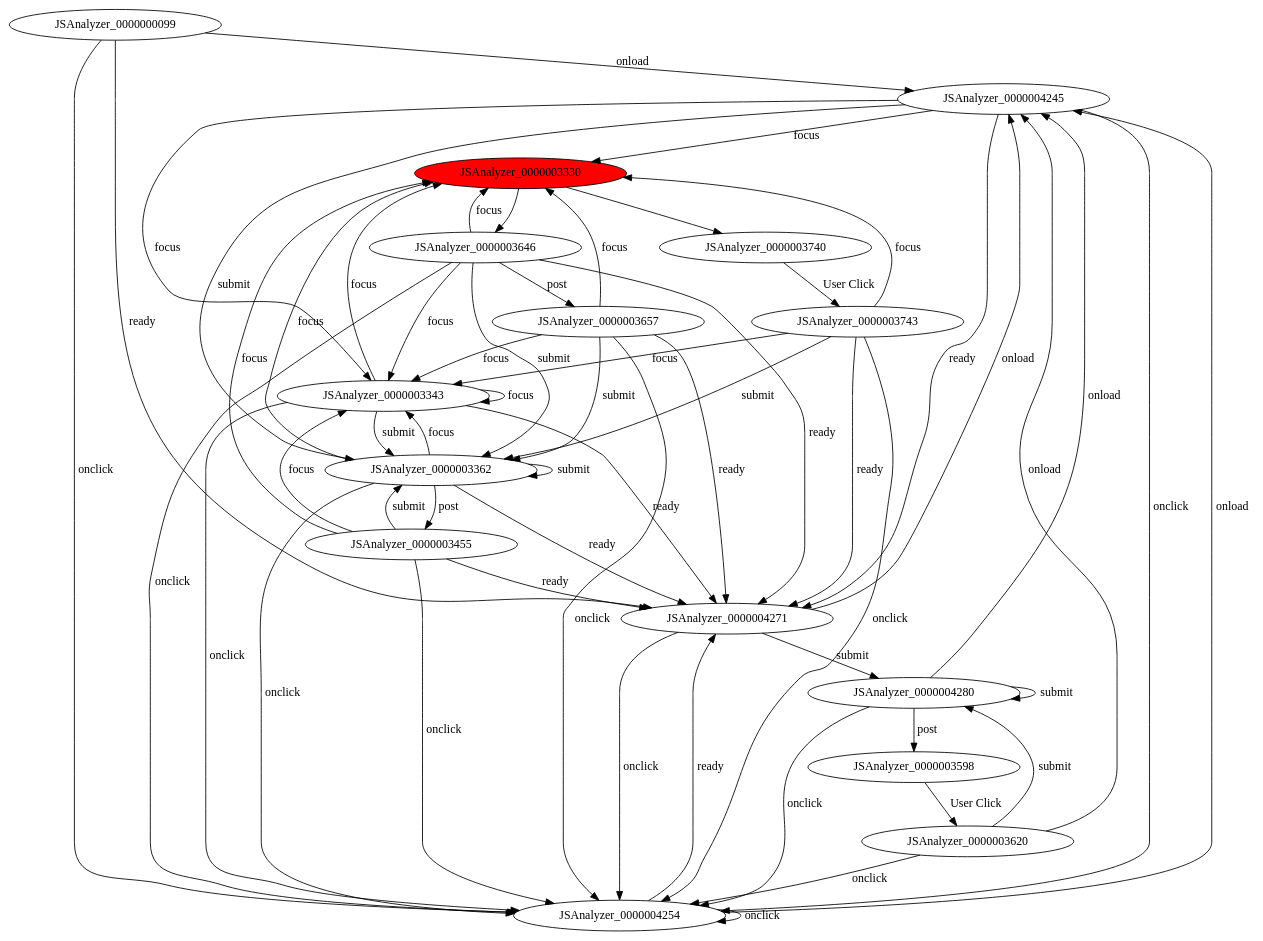
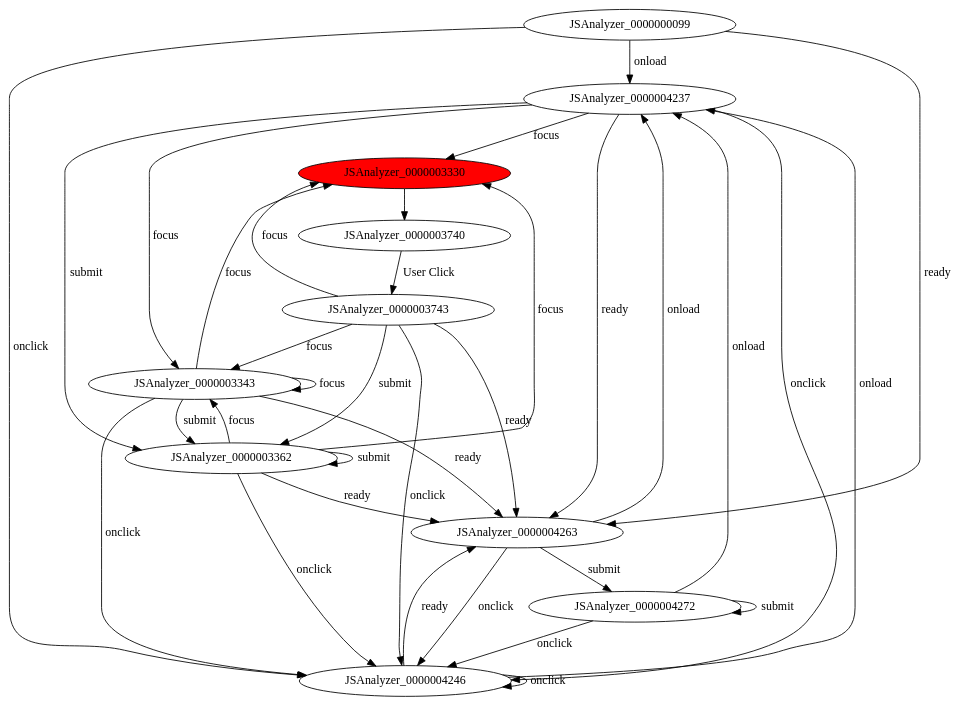
Before and after one commit to mzw/JSAnalyzer: the diagram in projects/project/verify/counterexample/CS2020mError.spec.0.step.4.dot, drawn with Graphviz. The commit also changed 243 other files, not shown here.

```diff
--- a/projects/project/verify/counterexample/CS2020mError.spec.0.step.4.dot
+++ b/projects/project/verify/counterexample/CS2020mError.spec.0.step.4.dot
@@ -1,74 +1,46 @@
 digraph FSM {
 JSAnalyzer_0000000099 [];
 JSAnalyzer_0000003330 [style=filled,fillcolor=red];
 JSAnalyzer_0000003343 [];
 JSAnalyzer_0000003362 [];
-JSAnalyzer_0000003455 [];
-JSAnalyzer_0000003598 [];
-JSAnalyzer_0000003646 [];
-JSAnalyzer_0000003657 [];
 JSAnalyzer_0000003740 [];
-JSAnalyzer_0000004245 [];
-JSAnalyzer_0000004254 [];
-JSAnalyzer_0000004271 [];
-JSAnalyzer_0000004280 [];
-JSAnalyzer_0000003620 [];
+JSAnalyzer_0000004237 [];
+JSAnalyzer_0000004246 [];
+JSAnalyzer_0000004263 [];
+JSAnalyzer_0000004272 [];
 JSAnalyzer_0000003743 [];
-JSAnalyzer_0000003330 -> JSAnalyzer_0000003646 []
 JSAnalyzer_0000003330 -> JSAnalyzer_0000003740 []
-JSAnalyzer_0000000099 -> JSAnalyzer_0000004245 [label="onload"]
-JSAnalyzer_0000000099 -> JSAnalyzer_0000004254 [label="onclick"]
-JSAnalyzer_0000000099 -> JSAnalyzer_0000004271 [label="ready"]
+JSAnalyzer_0000000099 -> JSAnalyzer_0000004237 [label="onload"]
+JSAnalyzer_0000000099 -> JSAnalyzer_0000004246 [label="onclick"]
+JSAnalyzer_0000000099 -> JSAnalyzer_0000004263 [label="ready"]
 JSAnalyzer_0000003343 -> JSAnalyzer_0000003330 [label="focus"]
 JSAnalyzer_0000003343 -> JSAnalyzer_0000003343 [label="focus"]
 JSAnalyzer_0000003343 -> JSAnalyzer_0000003362 [label="submit"]
-JSAnalyzer_0000003343 -> JSAnalyzer_0000004254 [label="onclick"]
-JSAnalyzer_0000003343 -> JSAnalyzer_0000004271 [label="ready"]
-JSAnalyzer_0000003362 -> JSAnalyzer_0000003455 [label="post"]
+JSAnalyzer_0000003343 -> JSAnalyzer_0000004246 [label="onclick"]
+JSAnalyzer_0000003343 -> JSAnalyzer_0000004263 [label="ready"]
 JSAnalyzer_0000003362 -> JSAnalyzer_0000003330 [label="focus"]
 JSAnalyzer_0000003362 -> JSAnalyzer_0000003343 [label="focus"]
 JSAnalyzer_0000003362 -> JSAnalyzer_0000003362 [label="submit"]
-JSAnalyzer_0000003362 -> JSAnalyzer_0000004254 [label="onclick"]
-JSAnalyzer_0000003362 -> JSAnalyzer_0000004271 [label="ready"]
-JSAnalyzer_0000003455 -> JSAnalyzer_0000003330 [label="focus"]
-JSAnalyzer_0000003455 -> JSAnalyzer_0000003343 [label="focus"]
-JSAnalyzer_0000003455 -> JSAnalyzer_0000003362 [label="submit"]
-JSAnalyzer_0000003455 -> JSAnalyzer_0000004254 [label="onclick"]
-JSAnalyzer_0000003455 -> JSAnalyzer_0000004271 [label="ready"]
-JSAnalyzer_0000003598 -> JSAnalyzer_0000003620 [label="User Click"]
-JSAnalyzer_0000003646 -> JSAnalyzer_0000003657 [label="post"]
-JSAnalyzer_0000003646 -> JSAnalyzer_0000003330 [label="focus"]
-JSAnalyzer_0000003646 -> JSAnalyzer_0000003343 [label="focus"]
-JSAnalyzer_0000003646 -> JSAnalyzer_0000003362 [label="submit"]
-JSAnalyzer_0000003646 -> JSAnalyzer_0000004254 [label="onclick"]
-JSAnalyzer_0000003646 -> JSAnalyzer_0000004271 [label="ready"]
-JSAnalyzer_0000003657 -> JSAnalyzer_0000003330 [label="focus"]
-JSAnalyzer_0000003657 -> JSAnalyzer_0000003343 [label="focus"]
-JSAnalyzer_0000003657 -> JSAnalyzer_0000003362 [label="submit"]
-JSAnalyzer_0000003657 -> JSAnalyzer_0000004254 [label="onclick"]
-JSAnalyzer_0000003657 -> JSAnalyzer_0000004271 [label="ready"]
+JSAnalyzer_0000003362 -> JSAnalyzer_0000004246 [label="onclick"]
+JSAnalyzer_0000003362 -> JSAnalyzer_0000004263 [label="ready"]
 JSAnalyzer_0000003740 -> JSAnalyzer_0000003743 [label="User Click"]
-JSAnalyzer_0000004245 -> JSAnalyzer_0000003330 [label="focus"]
-JSAnalyzer_0000004245 -> JSAnalyzer_0000003343 [label="focus"]
-JSAnalyzer_0000004245 -> JSAnalyzer_0000003362 [label="submit"]
-JSAnalyzer_0000004245 -> JSAnalyzer_0000004254 [label="onclick"]
-JSAnalyzer_0000004245 -> JSAnalyzer_0000004271 [label="ready"]
-JSAnalyzer_0000004254 -> JSAnalyzer_0000004245 [label="onload"]
-JSAnalyzer_0000004254 -> JSAnalyzer_0000004254 [label="onclick"]
-JSAnalyzer_0000004254 -> JSAnalyzer_0000004271 [label="ready"]
-JSAnalyzer_0000004271 -> JSAnalyzer_0000004280 [label="submit"]
-JSAnalyzer_0000004271 -> JSAnalyzer_0000004245 [label="onload"]
-JSAnalyzer_0000004271 -> JSAnalyzer_0000004254 [label="onclick"]
-JSAnalyzer_0000004280 -> JSAnalyzer_0000003598 [label="post"]
-JSAnalyzer_0000004280 -> JSAnalyzer_0000004280 [label="submit"]
-JSAnalyzer_0000004280 -> JSAnalyzer_0000004245 [label="onload"]
-JSAnalyzer_0000004280 -> JSAnalyzer_0000004254 [label="onclick"]
-JSAnalyzer_0000003620 -> JSAnalyzer_0000004280 [label="submit"]
-JSAnalyzer_0000003620 -> JSAnalyzer_0000004245 [label="onload"]
-JSAnalyzer_0000003620 -> JSAnalyzer_0000004254 [label="onclick"]
+JSAnalyzer_0000004237 -> JSAnalyzer_0000003330 [label="focus"]
+JSAnalyzer_0000004237 -> JSAnalyzer_0000003343 [label="focus"]
+JSAnalyzer_0000004237 -> JSAnalyzer_0000003362 [label="submit"]
+JSAnalyzer_0000004237 -> JSAnalyzer_0000004246 [label="onclick"]
+JSAnalyzer_0000004237 -> JSAnalyzer_0000004263 [label="ready"]
+JSAnalyzer_0000004246 -> JSAnalyzer_0000004237 [label="onload"]
+JSAnalyzer_0000004246 -> JSAnalyzer_0000004246 [label="onclick"]
+JSAnalyzer_0000004246 -> JSAnalyzer_0000004263 [label="ready"]
+JSAnalyzer_0000004263 -> JSAnalyzer_0000004272 [label="submit"]
+JSAnalyzer_0000004263 -> JSAnalyzer_0000004237 [label="onload"]
+JSAnalyzer_0000004263 -> JSAnalyzer_0000004246 [label="onclick"]
+JSAnalyzer_0000004272 -> JSAnalyzer_0000004272 [label="submit"]
+JSAnalyzer_0000004272 -> JSAnalyzer_0000004237 [label="onload"]
+JSAnalyzer_0000004272 -> JSAnalyzer_0000004246 [label="onclick"]
 JSAnalyzer_0000003743 -> JSAnalyzer_0000003330 [label="focus"]
 JSAnalyzer_0000003743 -> JSAnalyzer_0000003343 [label="focus"]
 JSAnalyzer_0000003743 -> JSAnalyzer_0000003362 [label="submit"]
-JSAnalyzer_0000003743 -> JSAnalyzer_0000004254 [label="onclick"]
-JSAnalyzer_0000003743 -> JSAnalyzer_0000004271 [label="ready"]
+JSAnalyzer_0000003743 -> JSAnalyzer_0000004246 [label="onclick"]
+JSAnalyzer_0000003743 -> JSAnalyzer_0000004263 [label="ready"]
 }
```
